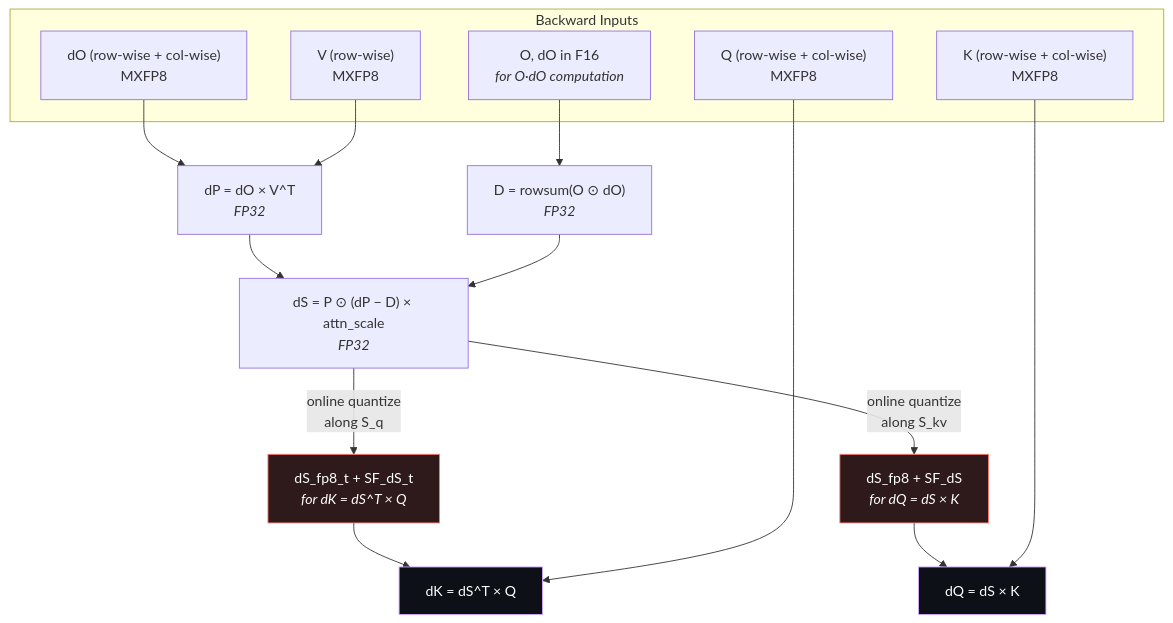
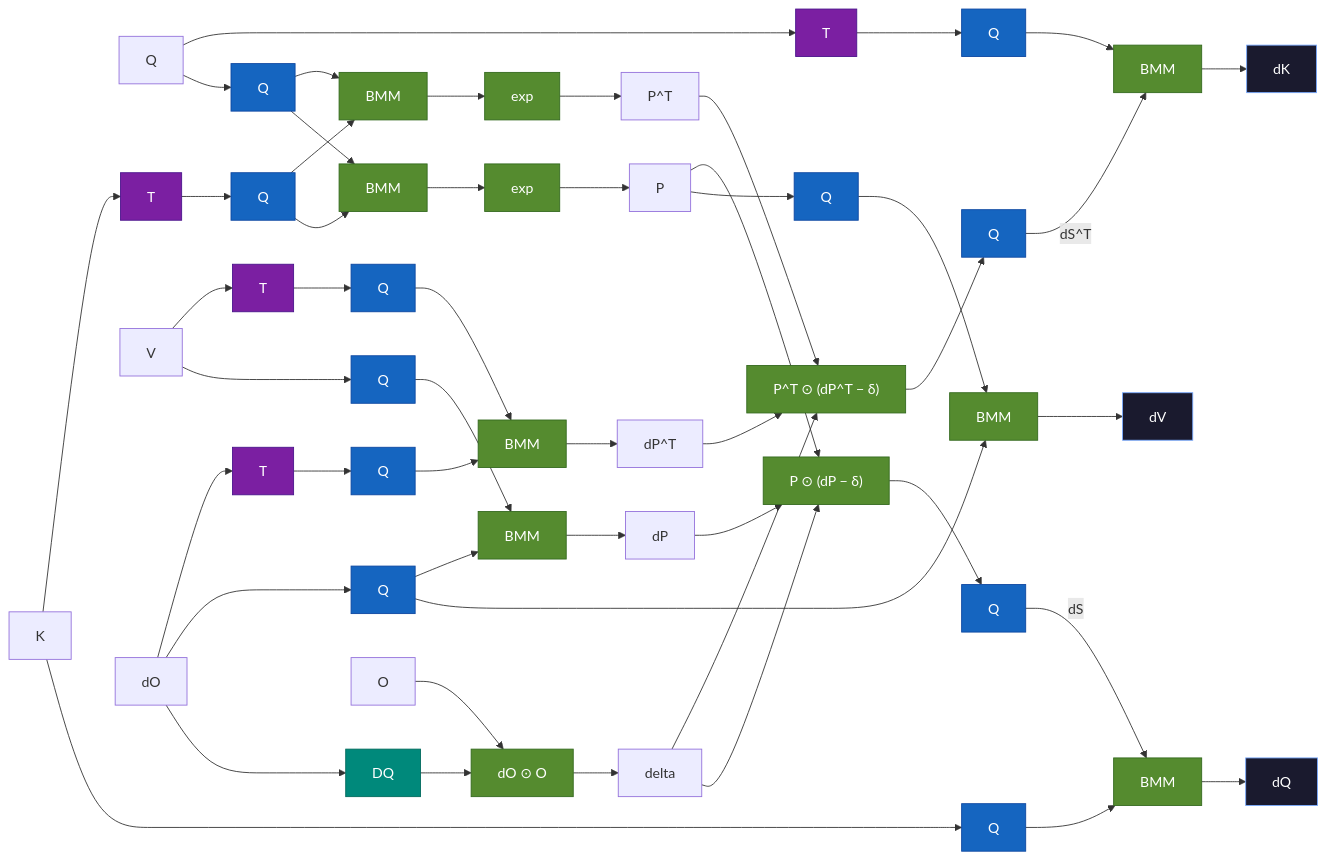
Before and after one commit to NVIDIA/cudnn-frontend: the second of 2 diagrams in _posts/2026-04-20-mxfp8-attention-scaling.md, drawn with Mermaid. The commit also changed other lines of this file, not shown here.

Commit message:
Replace backward pass diagram with detailed quantized data flow
New diagram based on internal kernel design showing the full MXFP8
backward pass: dual S recomputation, dual dP paths, delta computation,
online dS quantization, and three output BMMs (dK, dQ, dV). Uses
color-coded nodes (Quantize=blue, Transpose=purple, Dequantize=teal,
Compute=green) with explicit color:#fff for light/dark mode compat.

````diff
--- a/_posts/2026-04-20-mxfp8-attention-scaling.md
+++ b/_posts/2026-04-20-mxfp8-attention-scaling.md
@@ -99,30 +103,82 @@
 ```mermaid
-graph TD
-    subgraph "Backward Inputs"
-        Qr["Q (row-wise + col-wise)<br/>MXFP8"]
-        Kr["K (row-wise + col-wise)<br/>MXFP8"]
-        Vr["V (row-wise)<br/>MXFP8"]
-        dO["dO (row-wise + col-wise)<br/>MXFP8"]
-        Of["O, dO in F16<br/><i>for O·dO computation</i>"]
-    end
+graph LR
+    %% ── Q input paths ──
+    inp_Q["Q"] --> t_q["T"]:::xpose --> tq_q["Q"]:::quant
+    inp_Q --> q_q["Q"]:::quant
 
-    Of --> DOT["D = rowsum(O ⊙ dO)<br/><i>FP32</i>"]
-    dO --> dP["dP = dO × V^T<br/><i>FP32</i>"]
-    Vr --> dP
+    %% ── K input paths ──
+    inp_K["K"] --> t_k["T"]:::xpose --> tq_k["Q"]:::quant
+    inp_K --> q_k["Q"]:::quant
 
-    dP --> dS_compute["dS = P ⊙ (dP − D) × attn_scale<br/><i>FP32</i>"]
-    DOT --> dS_compute
+    %% ── S Recomputation (two orientations) ──
+    q_q --> bmm_pt["BMM"]:::compute
+    tq_k --> bmm_pt
+    bmm_pt --> exp_pt["exp"]:::compute
+    exp_pt --> PT["P^T"]
 
-    dS_compute --> |"online quantize<br/>along S_kv"| dS_d["dS_fp8 + SF_dS<br/><i>for dQ = dS × K</i>"]
-    dS_compute --> |"online quantize<br/>along S_q"| dS_s["dS_fp8_t + SF_dS_t<br/><i>for dK = dS^T × Q</i>"]
+    q_q --> bmm_p["BMM"]:::compute
+    tq_k --> bmm_p
+    bmm_p --> exp_p["exp"]:::compute
+    exp_p --> P["P"]
 
-    dS_d --> dQ["dQ = dS × K"]
-    Kr --> dQ
-    dS_s --> dK["dK = dS^T × Q"]
-    Qr --> dK
+    %% ── V input paths ──
+    inp_V["V"] --> t_v["T"]:::xpose --> tq_v["Q"]:::quant
+    inp_V --> q_v["Q"]:::quant
 
-    style dS_d fill:#2e1a1a,stroke:#ff7b72,color:#fff
-    style dS_s fill:#2e1a1a,stroke:#ff7b72,color:#fff
-    style dQ fill:#0d1117,stroke:#d2a8ff,color:#fff
-    style dK fill:#0d1117,stroke:#d2a8ff,color:#fff
+    %% ── dO input paths ──
+    inp_dO["dO"] --> t_do["T"]:::xpose --> tq_do["Q"]:::quant
+    inp_dO --> q_do["Q"]:::quant
+    inp_dO --> dq_do["DQ"]:::dequant
+
+    %% ── O input ──
+    inp_O["O"]
+
+    %% ── dP computation (two orientations) ──
+    tq_v --> bmm_dpt["BMM"]:::compute
+    tq_do --> bmm_dpt
+    bmm_dpt --> dPT["dP^T"]
+
+    q_v --> bmm_dp["BMM"]:::compute
+    q_do --> bmm_dp
+    bmm_dp --> dP["dP"]
+
+    %% ── Delta computation ──
+    dq_do --> mul_oo["dO ⊙ O"]:::compute
+    inp_O --> mul_oo
+    mul_oo --> delta["delta"]
+
+    %% ── dS^T path ──
+    PT --> comp_dst["P^T ⊙ (dP^T − δ)"]:::compute
+    dPT --> comp_dst
+    delta --> comp_dst
+    comp_dst --> q_dst["Q"]:::quant
+
+    %% ── dS path ──
+    P --> comp_ds["P ⊙ (dP − δ)"]:::compute
+    dP --> comp_ds
+    delta --> comp_ds
+    comp_ds --> q_ds["Q"]:::quant
+
+    %% ── Output: dK = dS^T × Q ──
+    q_dst -->|"dS^T"| bmm_dk["BMM"]:::compute
+    tq_q --> bmm_dk
+    bmm_dk --> out_dk["dK"]:::output
+
+    %% ── Output: dQ = dS × K ──
+    q_ds -->|"dS"| bmm_dq["BMM"]:::compute
+    q_k --> bmm_dq
+    bmm_dq --> out_dq["dQ"]:::output
+
+    %% ── Output: dV = P^T × dO ──
+    P --> q_p["Q"]:::quant
+    q_p --> bmm_dv["BMM"]:::compute
+    q_do --> bmm_dv
+    bmm_dv --> out_dv["dV"]:::output
+
+    %% ── Style Classes ──
+    classDef xpose fill:#7b1fa2,stroke:#4a148c,color:#fff
+    classDef quant fill:#1565c0,stroke:#0d47a1,color:#fff
+    classDef dequant fill:#00897b,stroke:#00695c,color:#fff
+    classDef compute fill:#558b2f,stroke:#33691e,color:#fff
+    classDef output fill:#1a1a2e,stroke:#79aaff,color:#fff
 ```
````
